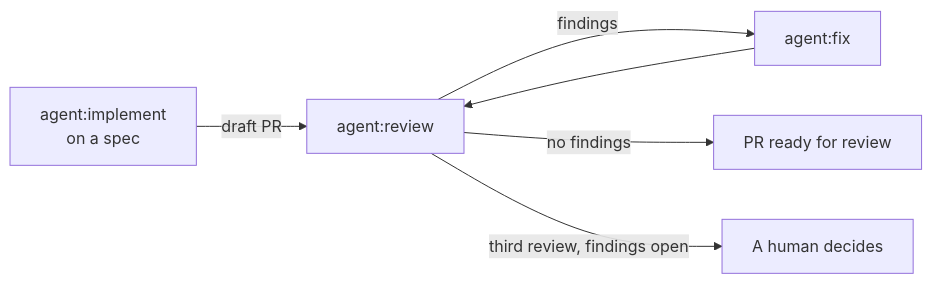
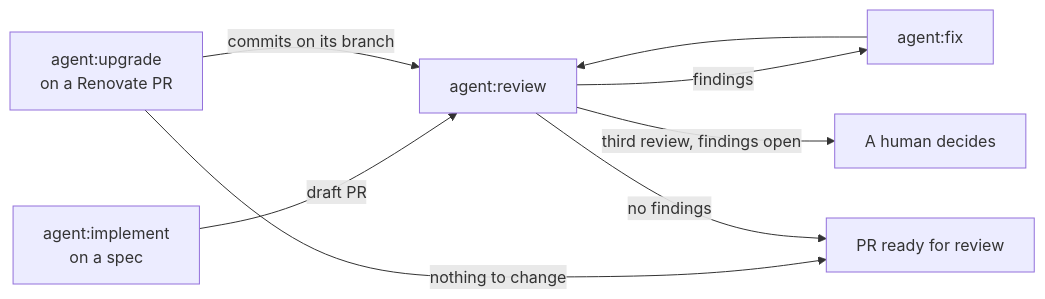
Before and after one commit to jd-solanki/ai: the second of 2 diagrams in README.md, drawn with Mermaid. The commit also changed other lines of this file and 4 other files, not shown here.

First line of the commit message:
feat: upgrade the code for Renovate updates with agent:upgrade

````diff
--- a/README.md
+++ b/README.md
@@ -117,7 +120,9 @@
 ```mermaid
 flowchart LR
   I["agent:implement<br/>on a spec"] -->|"draft PR"| R["agent:review"]
+  A["agent:upgrade<br/>on a Renovate PR"] -->|"commits on its branch"| R
+  A -->|"nothing to change"| D
   R -->|"findings"| X["agent:fix"] --> R
   R -->|"no findings"| D["PR ready for review"]
   R -->|"third review, findings open"| H["A human decides"]
 ```
````
